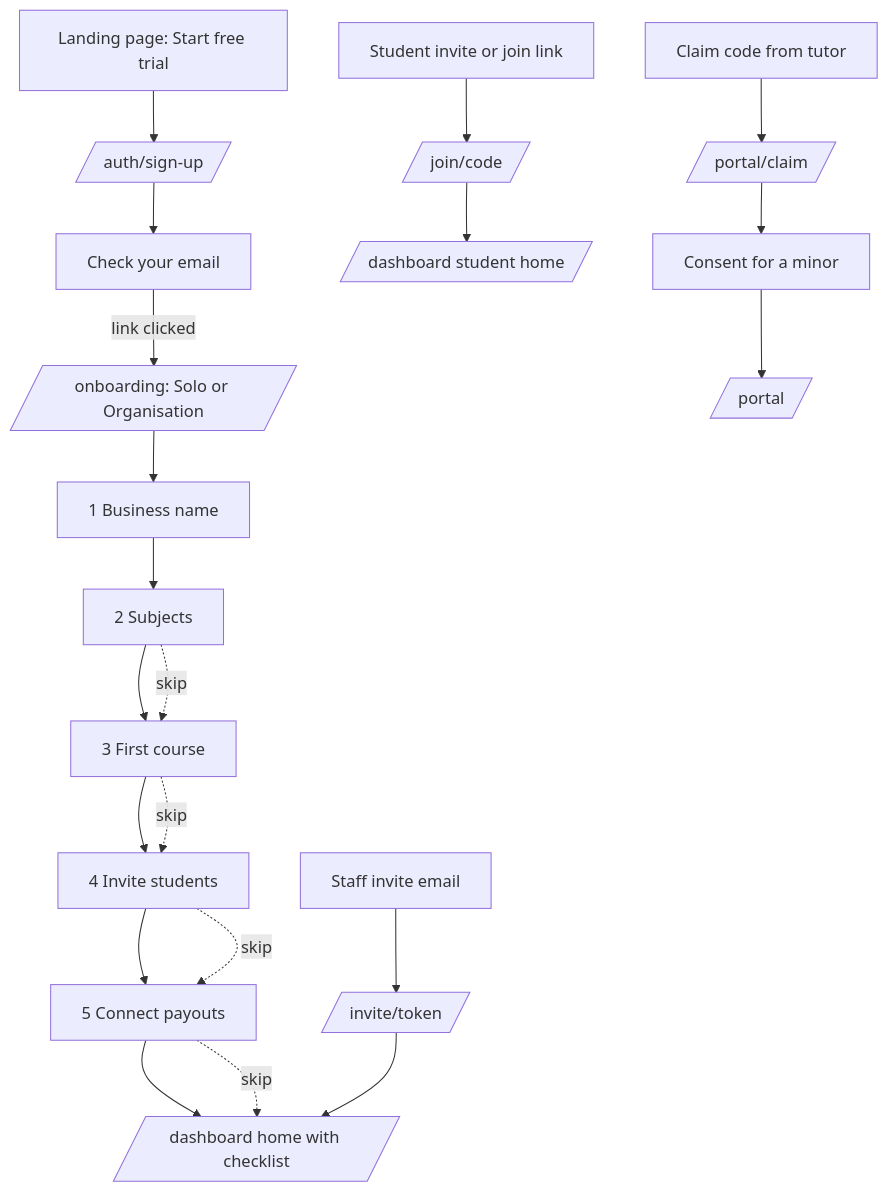
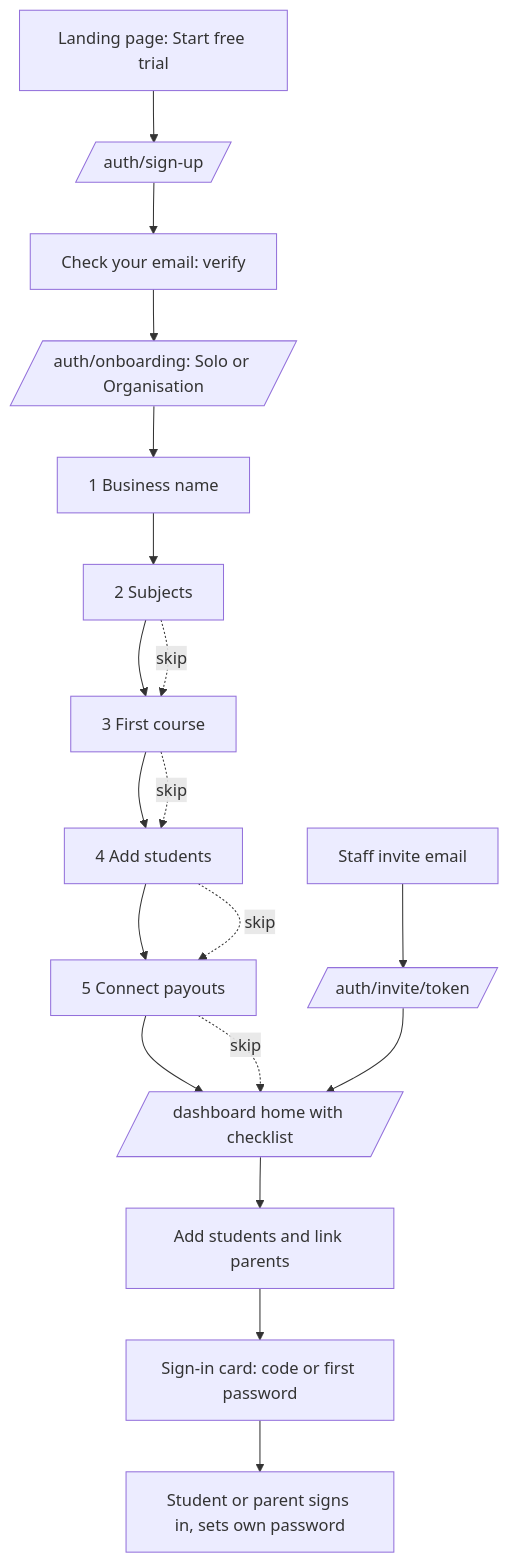
One commit to jassiel-ndlovu/grit-lms changed the diagram in docs/revamp/a/ux/01-signup-onboarding.md. Above: the diagram before and after it, drawn with Mermaid. The commit also changed other lines of this file and 7 other files, not shown here.

First line of the commit message:
docs(revamp): A3 UX flows, part 2 (payments, discounts, admin; owner decisions)

````diff
--- a/docs/revamp/a/ux/01-signup-onboarding.md
+++ b/docs/revamp/a/ux/01-signup-onboarding.md
@@ -9,19 +22,20 @@
 ```mermaid
 flowchart TD
   land[Landing page: Start free trial] --> su[/auth/sign-up/]
-  su --> ver[Check your email]
-  ver -->|link clicked| kind[/onboarding: Solo or Organisation/]
+  su --> ver[Check your email: verify]
+  ver --> kind[/auth/onboarding: Solo or Organisation/]
   kind --> s1[1 Business name]
   s1 --> s2[2 Subjects]
   s2 --> s3[3 First course]
-  s3 --> s4[4 Invite students]
+  s3 --> s4[4 Add students]
   s4 --> s5[5 Connect payouts]
   s5 --> home[/dashboard home with checklist/]
   s2 -. skip .-> s3
   s3 -. skip .-> s4
   s4 -. skip .-> s5
   s5 -. skip .-> home
-  inv[Staff invite email] --> acc[/invite/token/] --> home
-  join[Student invite or join link] --> sj[/join/code/] --> shome[/dashboard student home/]
-  code[Claim code from tutor] --> claim[/portal/claim/] --> consent[Consent for a minor] --> portal[/portal/]
+  inv[Staff invite email] --> acc[/auth/invite/token/] --> home
+  home --> add[Add students and link parents]
+  add --> card[Sign-in card: code or first password]
+  card --> first[Student or parent signs in, sets own password]
 ```
````
